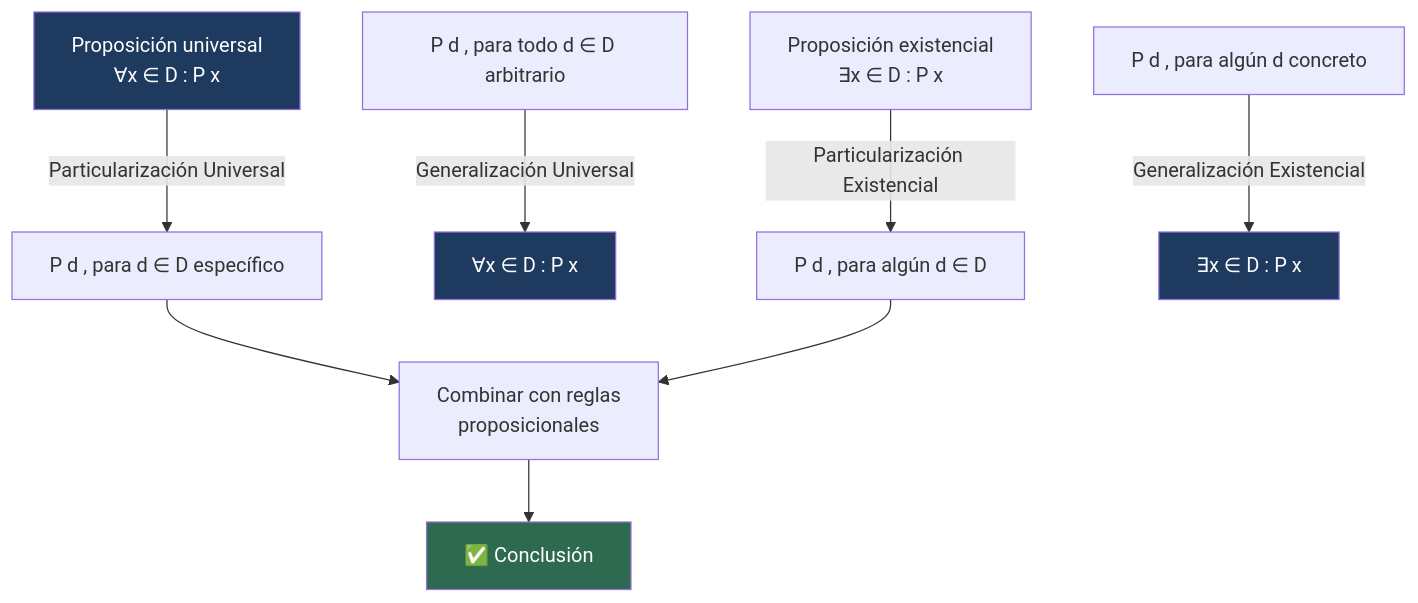
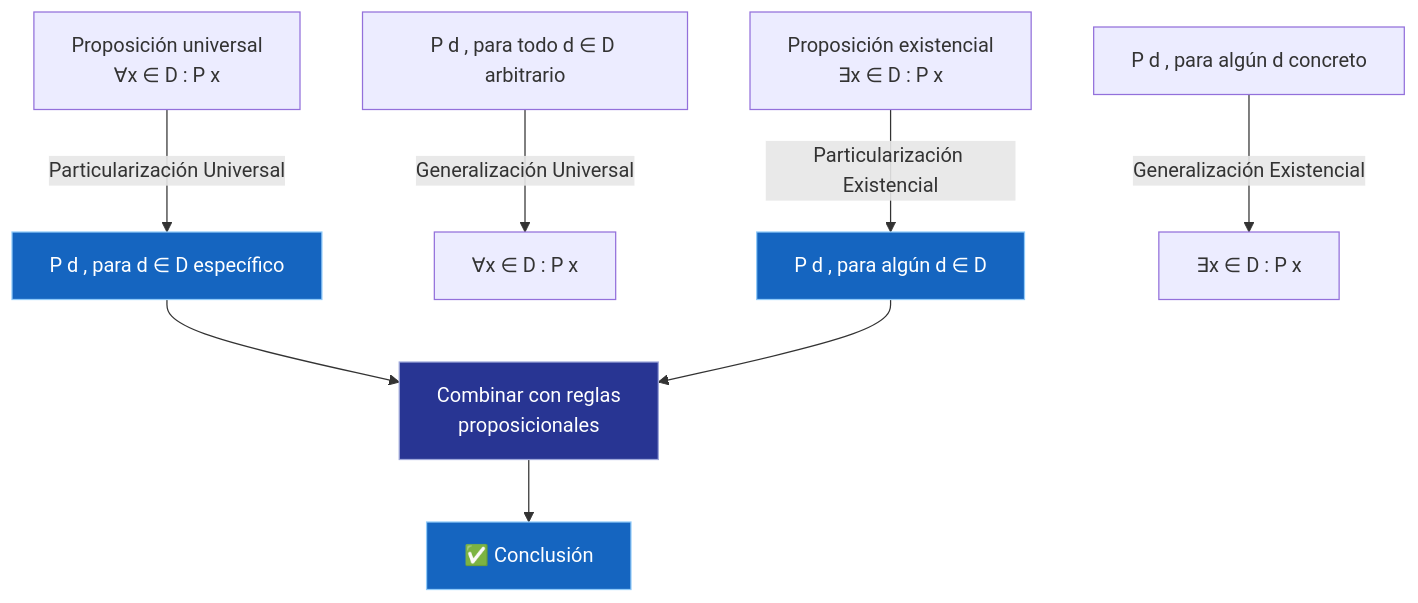
One commit to Fsteven22/Notas-ESPOL changed the diagram in src/site/notes/Universidad/3er Semestre/Matemáticas Discretas/Unidad 1 - Logica y Conjuntos/III - Razonamiento Inductivo/02 - Reglas de Inferencia para Afirmaciones Cuantificadas.md. Above: the diagram before and after it, drawn with Mermaid. The commit also changed other lines of this file and 79 other files, not shown here.

````diff
--- a/src/site/notes/Universidad/3er Semestre/Matemáticas Discretas/Unidad 1 - Logica y Conjuntos/III - Razonamiento Inductivo/02 - Reglas de Inferencia para Afirmaciones Cuantificadas.md
+++ b/src/site/notes/Universidad/3er Semestre/Matemáticas Discretas/Unidad 1 - Logica y Conjuntos/III - Razonamiento Inductivo/02 - Reglas de Inferencia para Afirmaciones Cuantificadas.md
@@ -143,17 +143,17 @@
 ```mermaid
 graph TD
     A[Proposición universal<br/>∀x ∈ D : P x] -->|Particularización Universal| B[P d , para d ∈ D específico]
     C[P d , para todo d ∈ D arbitrario] -->|Generalización Universal| D[∀x ∈ D : P x]
 
     E[Proposición existencial<br/>∃x ∈ D : P x] -->|Particularización Existencial| F[P d , para algún d ∈ D]
     G[P d , para algún d concreto] -->|Generalización Existencial| H[∃x ∈ D : P x]
 
     B --> I[Combinar con reglas<br/>proposicionales]
     F --> I
     I --> J[✅ Conclusión]
+    style B fill:#1565C0,color:#FFFFFF,stroke:#90CAF9,stroke-width:1px
+    style F fill:#1565C0,color:#FFFFFF,stroke:#90CAF9,stroke-width:1px
+    style I fill:#283593,color:#FFFFFF,stroke:#9FA8DA,stroke-width:1px
+    style J fill:#1565C0,color:#FFFFFF,stroke:#90CAF9,stroke-width:1px
 
-    style A fill:#1e3a5f,color:#fff
-    style D fill:#1e3a5f,color:#fff
-    style H fill:#1e3a5f,color:#fff
-    style J fill:#2d6a4f,color:#fff
 ```
````
